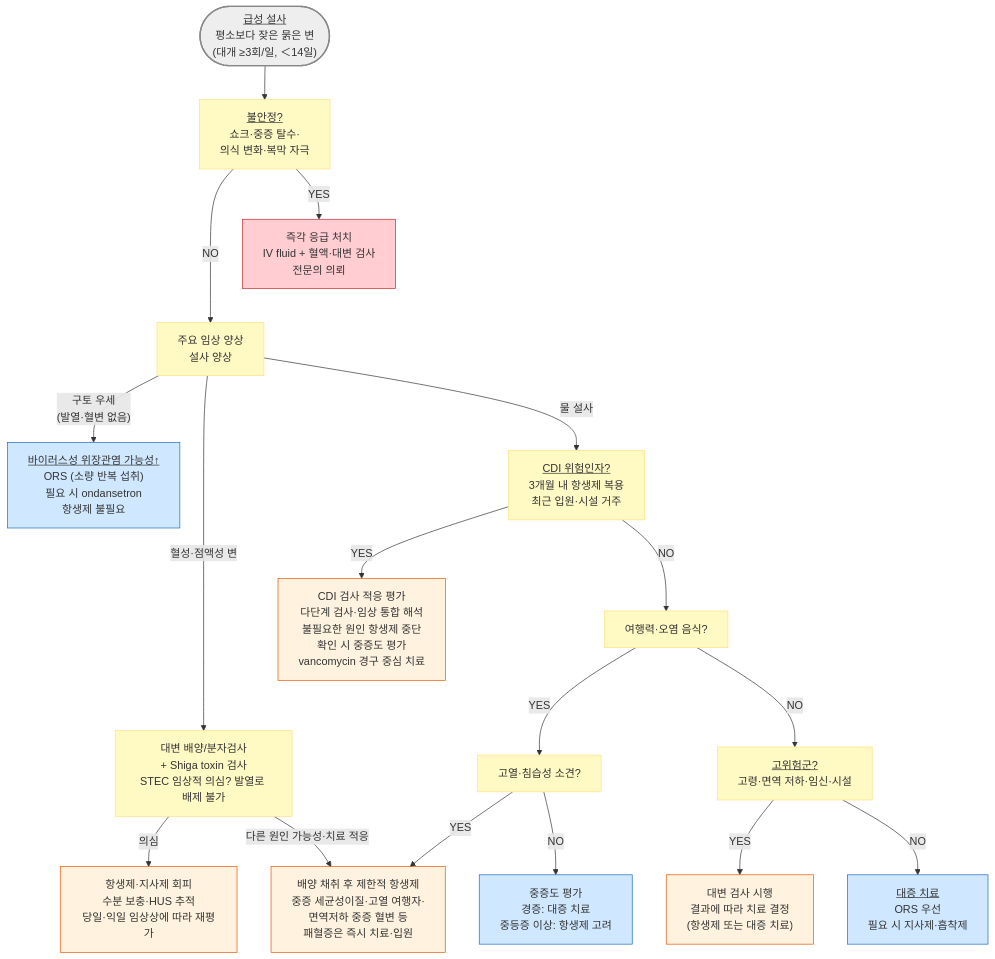
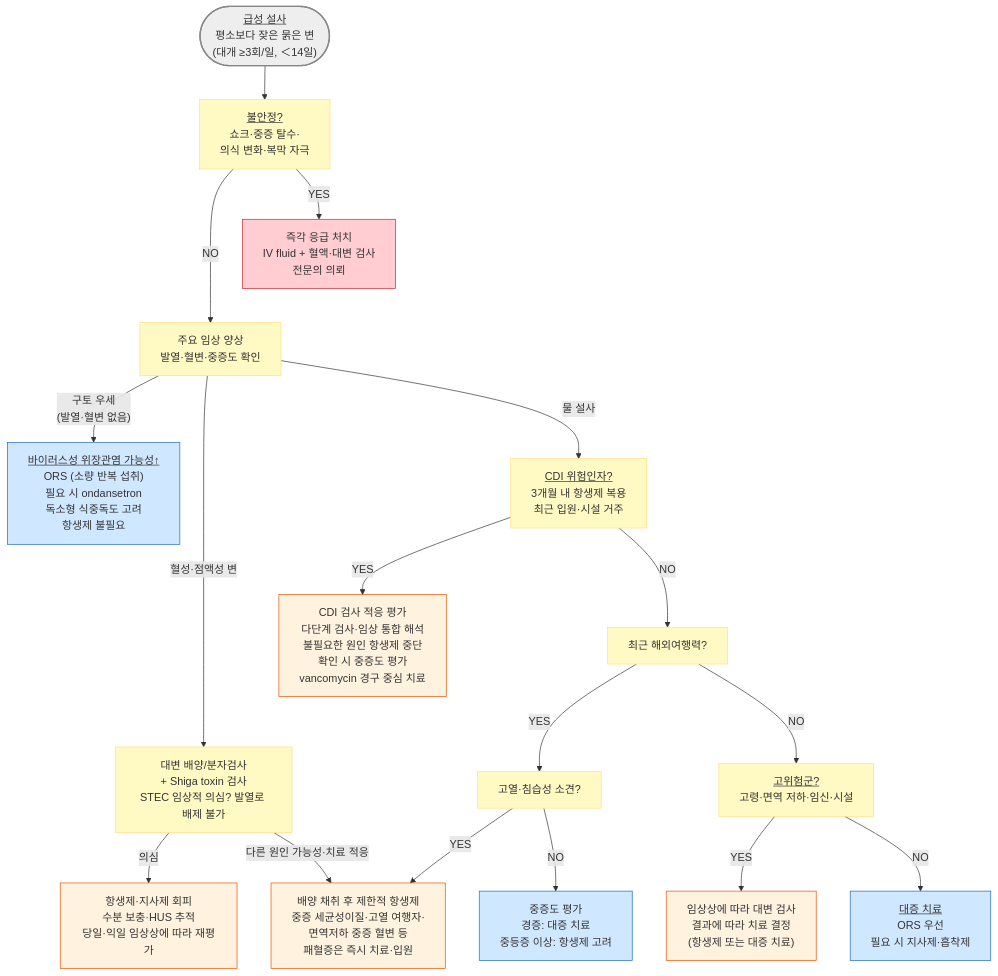
The diagram in 224_/085_-acute-infectious-diarrhea.md (familyoh77/familyoh77), drawn with Mermaid before and after one commit. The commit also changed other lines of this file and 11 other files, not shown here.

````diff
--- a/224_/085_-acute-infectious-diarrhea.md
+++ b/224_/085_-acute-infectious-diarrhea.md
@@ -198,29 +200,29 @@
 ```mermaid
 graph TD
     Start(["<u>급성 설사</u><br/>평소보다 잦은 묽은 변<br/>(대개 ≥3회/일, ＜14일)"])
     Start --> Unstable["<u>불안정?</u><br/>쇼크·중증 탈수·<br/>의식 변화·복막 자극"]
-    Unstable -- "NO" ---> Symptom["주요 임상 양상<br/>설사 양상"]
+    Unstable -- "NO" ---> Symptom["주요 임상 양상<br/>발열·혈변·중증도 확인"]
     Unstable -- "YES" --> ER["즉각 응급 처치<br/>IV fluid + 혈액·대변 검사<br/>전문의 의뢰"]
-    Symptom -- "구토 우세<br/>(발열·혈변 없음)" --> Viral["<u>바이러스성 위장관염 가능성↑</u><br/>ORS (소량 반복 섭취)<br/>필요 시 ondansetron<br/>항생제 불필요"]
+    Symptom -- "구토 우세<br/>(발열·혈변 없음)" --> Viral["<u>바이러스성 위장관염 가능성↑</u><br/>ORS (소량 반복 섭취)<br/>필요 시 ondansetron<br/>독소형 식중독도 고려<br/>항생제 불필요"]
     Symptom -- "혈성·점액성 변" --> BloodFever["대변 배양/분자검사<br/>+ Shiga toxin 검사<br/>STEC 임상적 의심? 발열로 배제 불가"]
     BloodFever -- "의심" --> STEC["항생제·지사제 회피<br/>수분 보충·HUS 추적<br/>당일·익일 임상상에 따라 재평가"]
     BloodFever -- "다른 원인 가능성·치료 적응" --> EmpiricAtb["배양 채취 후 제한적 항생제<br/>중증 세균성이질·고열 여행자·<br/>면역저하 중증 혈변 등<br/>패혈증은 즉시 치료·입원"]
     Symptom -- "물 설사" --> CDIRisk["<u>CDI 위험인자?</u><br/>3개월 내 항생제 복용<br/>최근 입원·시설 거주"]
     CDIRisk -- "YES" --> CDITx["CDI 검사 적응 평가<br/>다단계 검사·임상 통합 해석<br/>불필요한 원인 항생제 중단<br/>확인 시 중증도 평가<br/>vancomycin 경구 중심 치료"]
-    CDIRisk -- "NO" --> Travel["여행력·오염 음식?"]
+    CDIRisk -- "NO" --> Travel["최근 해외여행력?"]
     Travel -- "YES" --> TravelFever["고열·침습성 소견?"]
     TravelFever -- "YES" --> EmpiricAtb
     TravelFever -- "NO" --> TravelMild["중증도 평가<br/>경증: 대증 치료<br/>중등증 이상: 항생제 고려"]
     Travel -- "NO" --> Host["<u>고위험군?</u><br/>고령·면역 저하·임신·시설"]
-    Host -- "YES" --> StoolExam["대변 검사 시행<br/>결과에 따라 치료 결정<br/>(항생제 또는 대증 치료)"]
+    Host -- "YES" --> StoolExam["임상상에 따라 대변 검사<br/>결과에 따라 치료 결정<br/>(항생제 또는 대증 치료)"]
     Host -- "NO" --> Watery["<u>대증 치료</u><br/>ORS 우선<br/>필요 시 지사제·흡착제"]
  
 style Start fill:#eeeeee,stroke:#888888,stroke-width:2px
 classDef yellow fill:#fff9c4,stroke:#ffe082
    class Unstable,Symptom,BloodFever,CDIRisk,Travel,Host,TravelFever yellow
 style ER fill:#ffcdd2,stroke:#c62828
 classDef orange50 fill:#fff3e0,stroke:#e65100
    class STEC,CDITx,EmpiricAtb,StoolExam orange50
 classDef blue fill:#d0e8ff,stroke:#1a6abf
    class Viral,TravelMild,Watery blue
 ```
````
